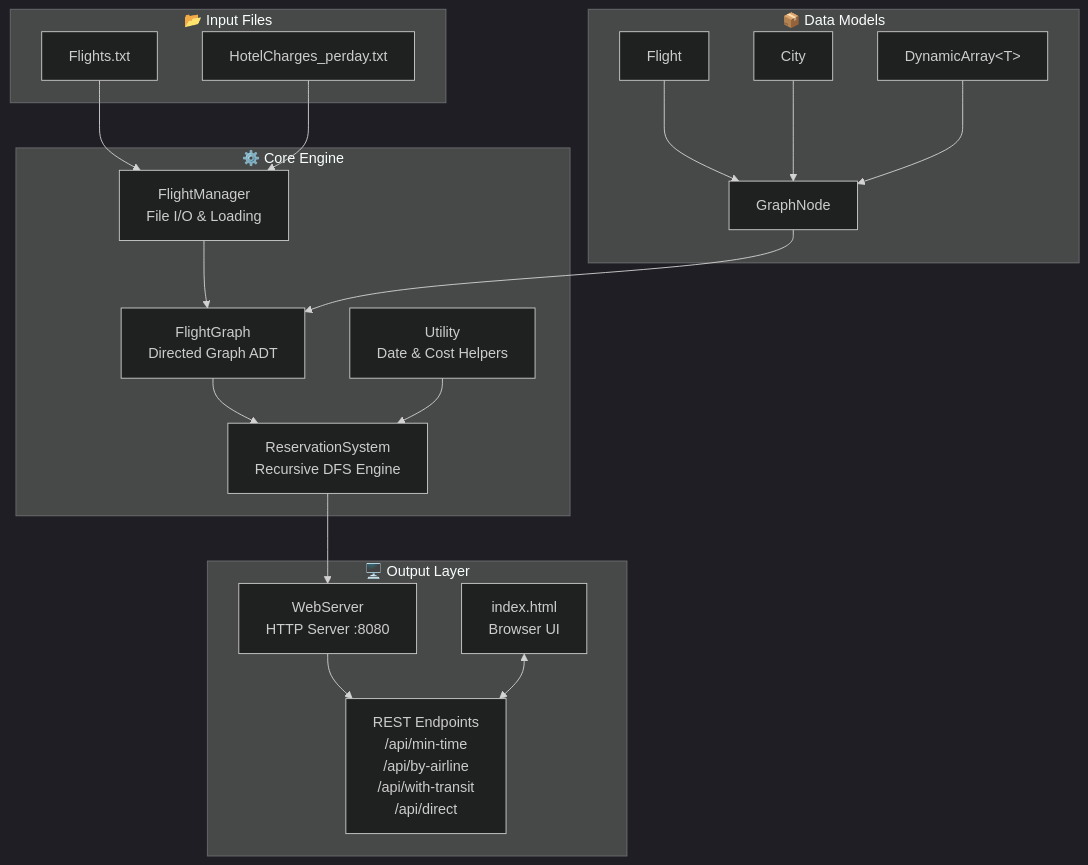
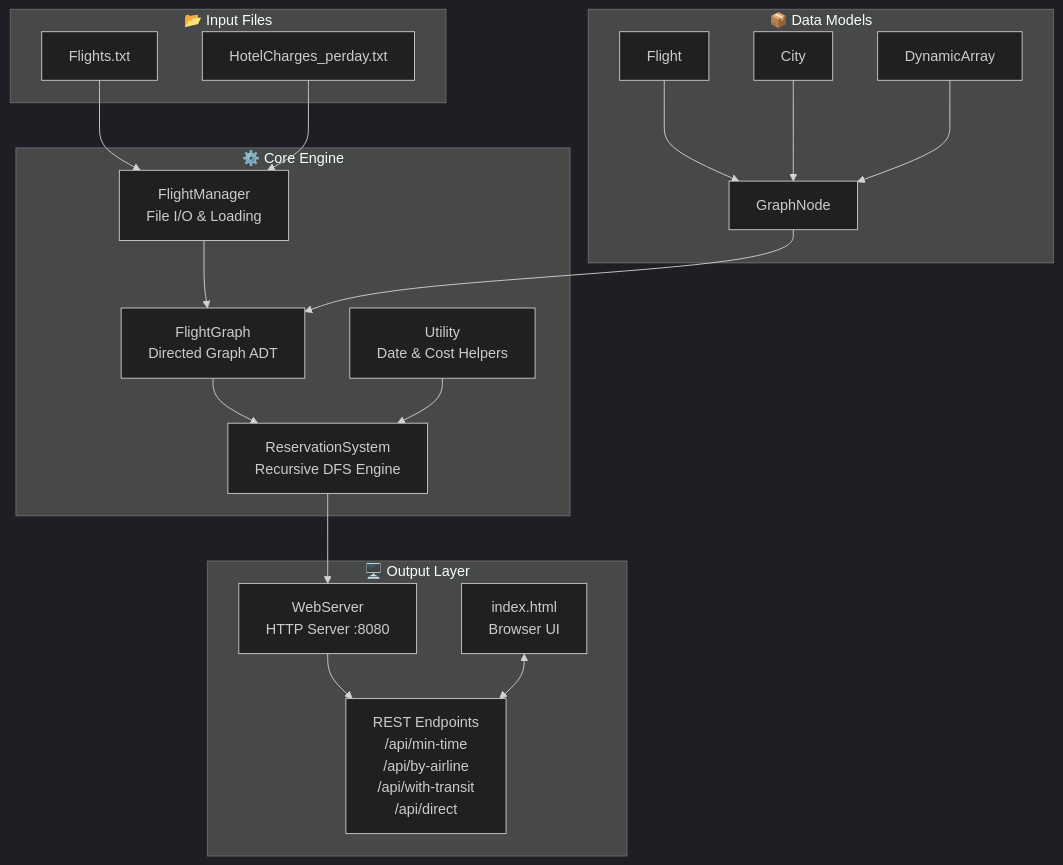
One commit to ahkhan2706-Khan/Airline-Reservation-System changed the first of 3 diagrams in README.md. Above: the diagram before and after it, drawn with Mermaid (dark theme).

Commit message:
docs: fix HTML entity encoding in Mermaid diagram node label
Agent-Logs-Url: https://github.com/MuhammadYahya001/Airline-Reservation-System/sessions/94ae8b62-53ff-451b-b96f-da95e3f1d5cf

````diff
--- a/README.md
+++ b/README.md
@@ -54,40 +54,40 @@
 ```mermaid
 graph TD
     subgraph Input["📂 Input Files"]
         FT[Flights.txt]
         HC[HotelCharges_perday.txt]
     end
 
     subgraph Models["📦 Data Models"]
         FL[Flight]
         CT[City]
-        DA["DynamicArray&lt;T&gt;"]
+        DA["DynamicArray<T>"]
         GN[GraphNode]
     end
 
     subgraph Core["⚙️ Core Engine"]
         FM[FlightManager\nFile I/O & Loading]
         FG[FlightGraph\nDirected Graph ADT]
         UT[Utility\nDate & Cost Helpers]
         RS[ReservationSystem\nRecursive DFS Engine]
     end
 
     subgraph Output["🖥️ Output Layer"]
         WS[WebServer\nHTTP Server :8080]
         UI[index.html\nBrowser UI]
         API["REST Endpoints\n/api/min-time\n/api/by-airline\n/api/with-transit\n/api/direct"]
     end
 
     FT --> FM
     HC --> FM
     FL --> GN
     CT --> GN
     DA --> GN
     FM --> FG
     GN --> FG
     FG --> RS
     UT --> RS
     RS --> WS
     WS --> API
     UI <--> API
 ```
````
